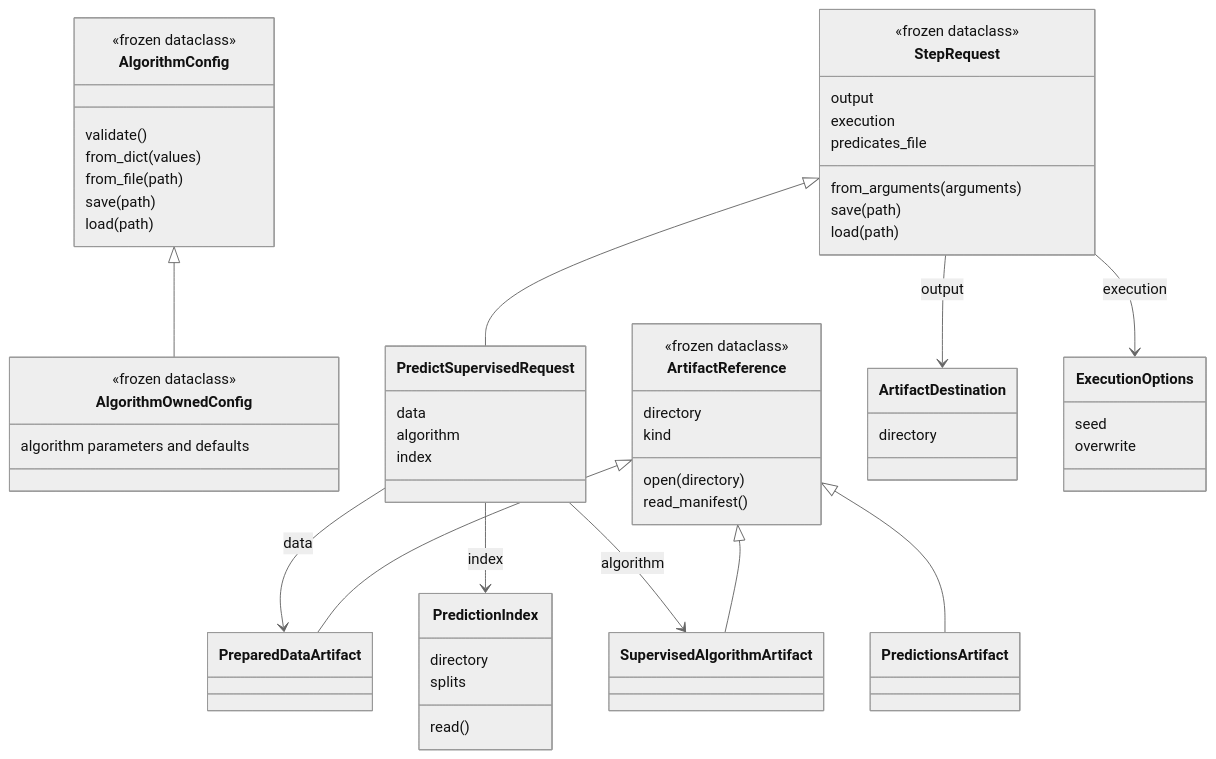
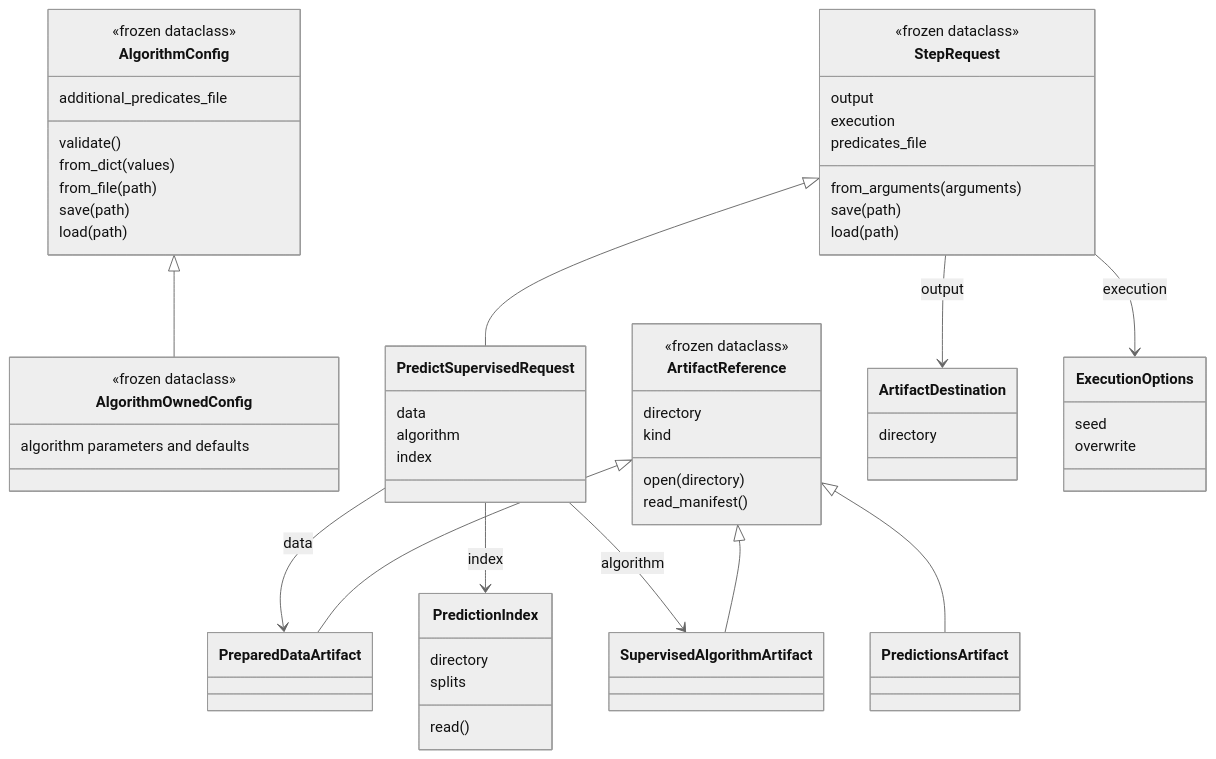
The second of 3 diagrams in ARCHITECTURE.md (McDermottHealthAI/meds-algorithm), drawn with Mermaid (neutral theme) before and after one commit. The commit also changed other lines of this file and 10 other files, not shown here.

Commit message:
Support dataset-specific additional feature predicates

````diff
--- a/ARCHITECTURE.md
+++ b/ARCHITECTURE.md
@@ -73,61 +73,62 @@
 ```mermaid
 classDiagram
     class AlgorithmConfig {
         <<frozen dataclass>>
+        additional_predicates_file
         validate()
         from_dict(values)
         from_file(path)
         save(path)
         load(path)
     }
     class AlgorithmOwnedConfig {
         <<frozen dataclass>>
         algorithm parameters and defaults
     }
     class StepRequest {
         <<frozen dataclass>>
         output
         execution
         predicates_file
         from_arguments(arguments)
         save(path)
         load(path)
     }
     class PredictSupervisedRequest {
         data
         algorithm
         index
     }
     class ArtifactReference {
         <<frozen dataclass>>
         directory
         kind
         open(directory)
         read_manifest()
     }
     class PreparedDataArtifact
     class SupervisedAlgorithmArtifact
     class PredictionsArtifact
     class PredictionIndex {
         directory
         splits
         read()
     }
     class ArtifactDestination {
         directory
     }
     class ExecutionOptions {
         seed
         overwrite
     }
     AlgorithmConfig <|-- AlgorithmOwnedConfig
     StepRequest <|-- PredictSupervisedRequest
     ArtifactReference <|-- PreparedDataArtifact
     ArtifactReference <|-- SupervisedAlgorithmArtifact
     ArtifactReference <|-- PredictionsArtifact
     PredictSupervisedRequest --> PreparedDataArtifact : data
     PredictSupervisedRequest --> SupervisedAlgorithmArtifact : algorithm
     PredictSupervisedRequest --> PredictionIndex : index
     StepRequest --> ArtifactDestination : output
     StepRequest --> ExecutionOptions : execution
 ```
````
